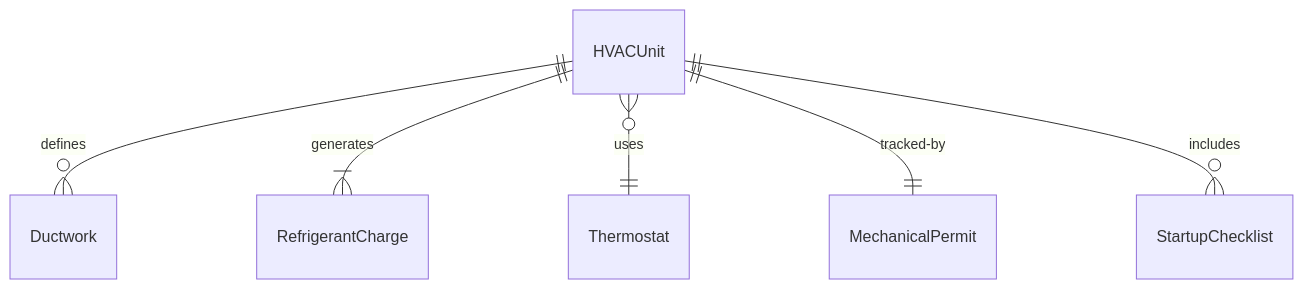
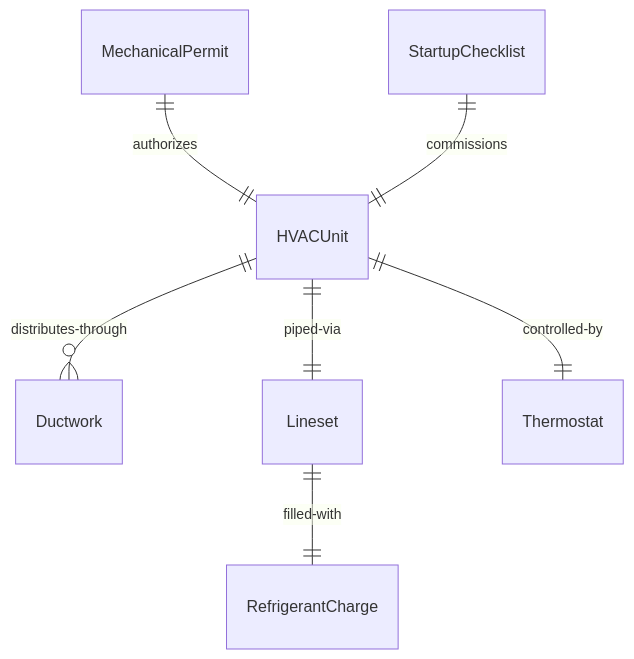
One commit to dot-org-ai/tasks.org.ai changed the first of 4 diagrams in HandlingAndMovingObjects/InstallEnergyOrHeatingEquipment/InstallHeatingVentilationAirConditioning.mdx. Above: the diagram before and after it, drawn with Mermaid. The commit also changed other lines of this file and 515 other files, not shown here.

````diff
--- a/HandlingAndMovingObjects/InstallEnergyOrHeatingEquipment/InstallHeatingVentilationAirConditioning.mdx
+++ b/HandlingAndMovingObjects/InstallEnergyOrHeatingEquipment/InstallHeatingVentilationAirConditioning.mdx
@@ -90,8 +90,9 @@
 ```mermaid
 erDiagram
-    HVACUnit ||--o{ Ductwork : "defines"
-    HVACUnit ||--|{ RefrigerantCharge : "generates"
-    HVACUnit }o--|| Thermostat : "uses"
-    HVACUnit ||--|| MechanicalPermit : "tracked-by"
-    HVACUnit ||--o{ StartupChecklist : "includes"
+    MechanicalPermit ||--|| HVACUnit : "authorizes"
+    HVACUnit ||--o{ Ductwork : "distributes-through"
+    HVACUnit ||--|| Lineset : "piped-via"
+    Lineset ||--|| RefrigerantCharge : "filled-with"
+    HVACUnit ||--|| Thermostat : "controlled-by"
+    StartupChecklist ||--|| HVACUnit : "commissions"
 ```
````
